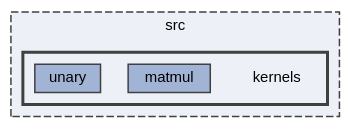
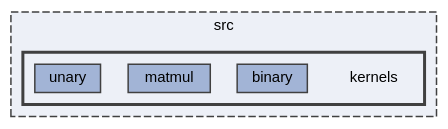
The diagram in dir_40856f0cdd4bcafd28810d9265a200f7_dep.dot (Shad00Z/machine-learning-compilers), drawn with Graphviz before and after one commit. The commit also changed 54 other files, not shown here.

```diff
--- a/dir_40856f0cdd4bcafd28810d9265a200f7_dep.dot
+++ b/dir_40856f0cdd4bcafd28810d9265a200f7_dep.dot
@@ -1,17 +1,18 @@
 digraph "/home/runner/work/machine-learning-compilers/machine-learning-compilers/src/kernels"
 {
  // LATEX_PDF_SIZE
   bgcolor="transparent";
   edge [fontname=Helvetica,fontsize=10,labelfontname=Helvetica,labelfontsize=10];
   node [fontname=Helvetica,fontsize=10,shape=box,height=0.2,width=0.4];
   compound=true
   subgraph clusterdir_68267d1309a1af8e8297ef4c3efbcdba {
     graph [ bgcolor="#edf0f7", pencolor="grey25", label="src", fontname=Helvetica,fontsize=10 style="filled,dashed", URL="dir_68267d1309a1af8e8297ef4c3efbcdba.html",tooltip=""]
   subgraph clusterdir_40856f0cdd4bcafd28810d9265a200f7 {
     graph [ bgcolor="#edf0f7", pencolor="grey25", label="", fontname=Helvetica,fontsize=10 style="filled,bold", URL="dir_40856f0cdd4bcafd28810d9265a200f7.html",tooltip=""]
     dir_40856f0cdd4bcafd28810d9265a200f7 [shape=plaintext, label="kernels"];
+  dir_25b3e6eebcd20c11c6d0f8a243e65f4b [label="binary", fillcolor="#a2b4d6", color="grey25", style="filled", URL="dir_25b3e6eebcd20c11c6d0f8a243e65f4b.html",tooltip=""];
   dir_fd47011a3c6b8238c82e241c135b8246 [label="matmul", fillcolor="#a2b4d6", color="grey25", style="filled", URL="dir_fd47011a3c6b8238c82e241c135b8246.html",tooltip=""];
   dir_e0a28dfa8071ea4b636374df08ffb717 [label="unary", fillcolor="#a2b4d6", color="grey25", style="filled", URL="dir_e0a28dfa8071ea4b636374df08ffb717.html",tooltip=""];
   }
   }
 }
```
